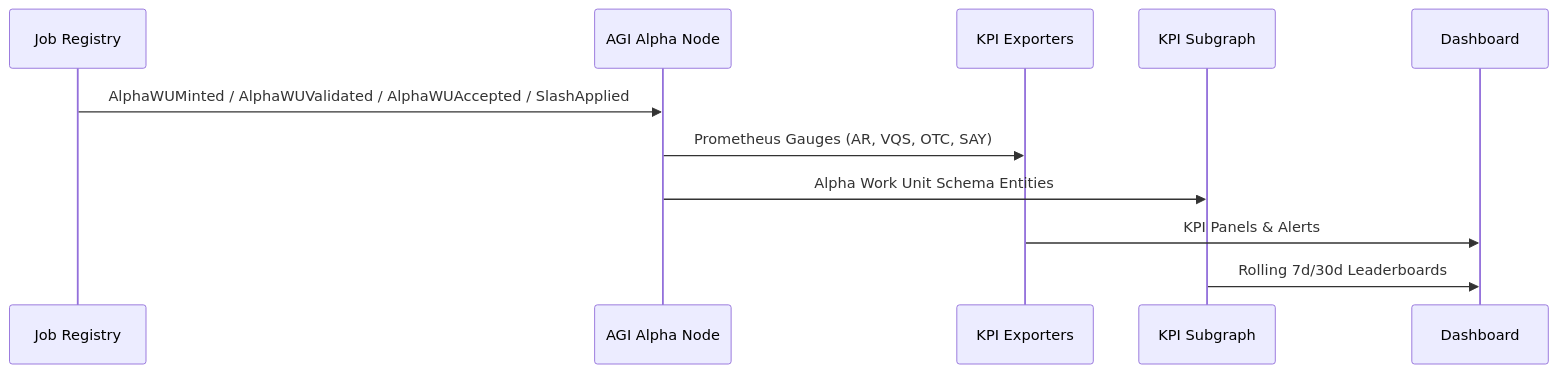
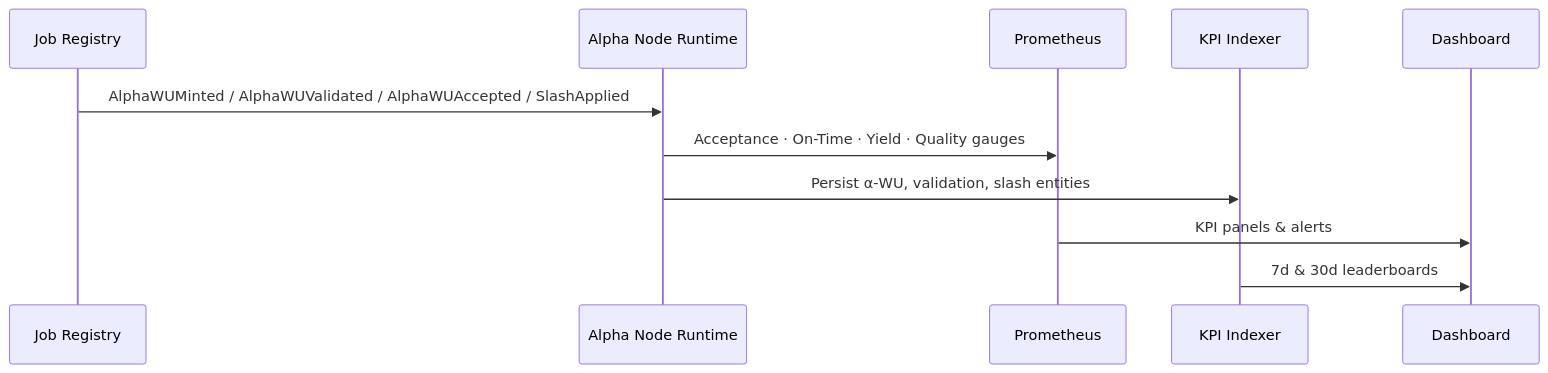
The second of 3 diagrams in README.md (MontrealAI/AGI-Alpha-Node-v0), drawn with Mermaid before and after one commit. The commit also changed other lines of this file and 15 other files, not shown here.

Commit message:
Add ENS health gate and refresh alpha KPI telemetry

````diff
--- a/README.md
+++ b/README.md
@@ -115,12 +85,12 @@
 ```mermaid
 sequenceDiagram
   participant Registry as Job Registry
-  participant Node as AGI Alpha Node
-  participant Telemetry as KPI Exporters
-  participant Subgraph as KPI Subgraph
+  participant Node as Alpha Node Runtime
+  participant Telemetry as Prometheus
+  participant Subgraph as KPI Indexer
   Registry->>Node: AlphaWUMinted / AlphaWUValidated / AlphaWUAccepted / SlashApplied
-  Node->>Telemetry: Prometheus Gauges (AR, VQS, OTC, SAY)
-  Node->>Subgraph: Alpha Work Unit Schema Entities
-  Telemetry->>Dashboard: KPI Panels & Alerts
-  Subgraph->>Dashboard: Rolling 7d/30d Leaderboards
+  Node->>Telemetry: Acceptance · On-Time · Yield · Quality gauges
+  Node->>Subgraph: Persist α-WU, validation, slash entities
+  Telemetry->>Dashboard: KPI panels & alerts
+  Subgraph->>Dashboard: 7d & 30d leaderboards
 ```
````
